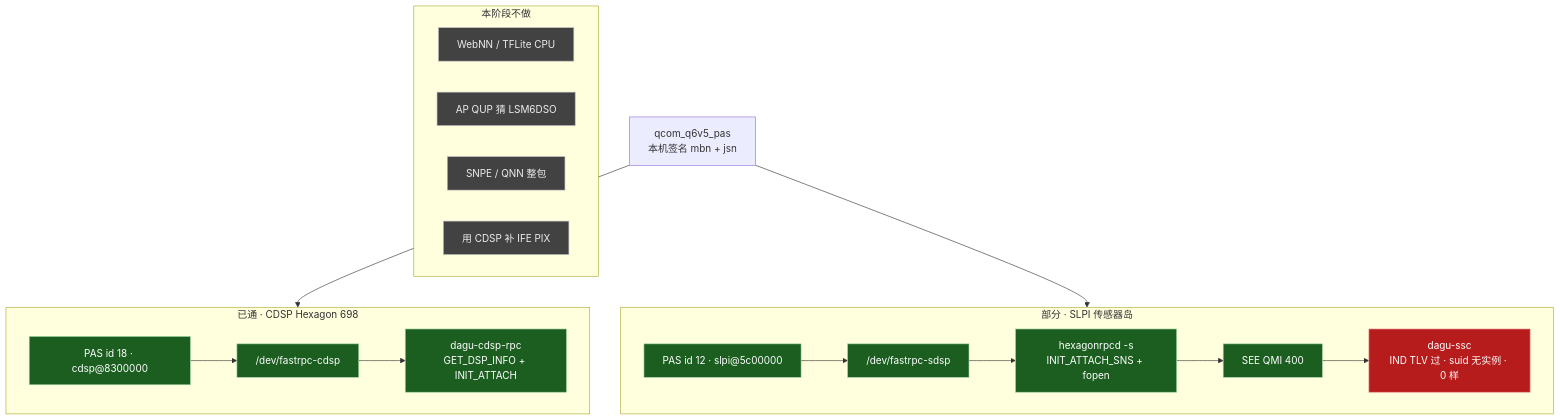
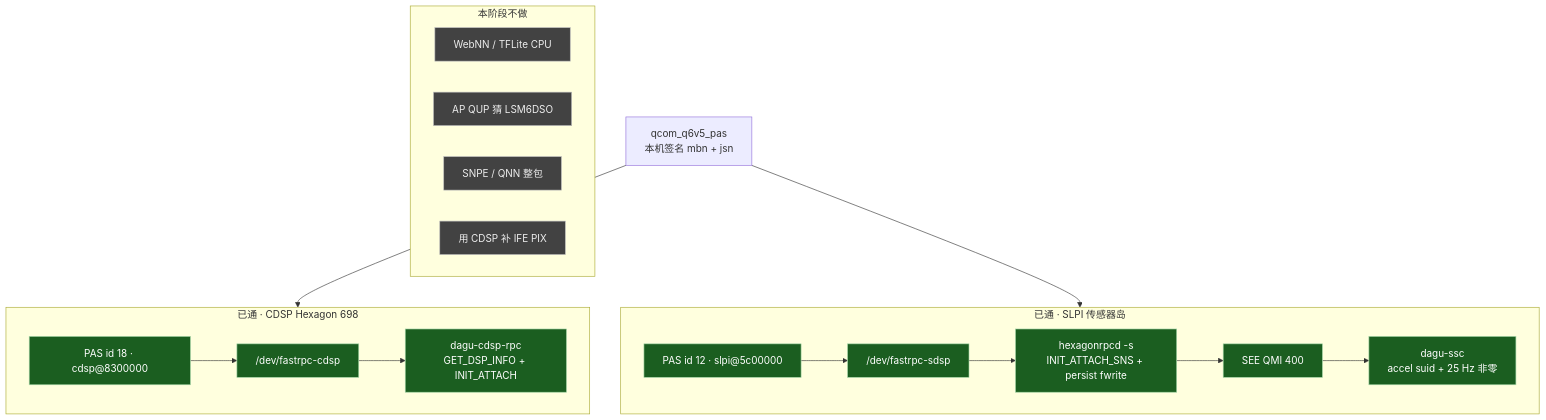
One commit to Huabin1010/dagu-mainline-linux changed the second of 5 diagrams in linux-mainline/docs/dagu-dsp-pipeline-status.md. Above: the diagram before and after it, drawn with Mermaid. The commit also changed other lines of this file and 11 other files, not shown here.

````diff
--- a/linux-mainline/docs/dagu-dsp-pipeline-status.md
+++ b/linux-mainline/docs/dagu-dsp-pipeline-status.md
@@ -50,39 +50,38 @@
 ```mermaid
 flowchart TB
   PAS["qcom_q6v5_pas<br/>本机签名 mbn + jsn"]
 
   PAS --> CDSP
   PAS --> SLPI
 
   subgraph CDSP["已通 · CDSP Hexagon 698"]
     C1["PAS id 18 · cdsp@8300000"]
     C2["/dev/fastrpc-cdsp"]
     C3["dagu-cdsp-rpc<br/>GET_DSP_INFO + INIT_ATTACH"]
     C1 --> C2 --> C3
   end
 
-  subgraph SLPI["部分 · SLPI 传感器岛"]
+  subgraph SLPI["已通 · SLPI 传感器岛"]
     S1["PAS id 12 · slpi@5c00000"]
     S2["/dev/fastrpc-sdsp"]
-    S3["hexagonrpcd -s<br/>INIT_ATTACH_SNS + fopen"]
+    S3["hexagonrpcd -s<br/>INIT_ATTACH_SNS + persist fwrite"]
     S4["SEE QMI 400"]
-    S5["dagu-ssc<br/>IND TLV 过 · suid 无实例 · 0 样"]
+    S5["dagu-ssc<br/>accel suid + 25 Hz 非零"]
     S1 --> S2 --> S3 --> S4 --> S5
   end
 
   subgraph NO["本阶段不做"]
     N1["WebNN / TFLite CPU"]
     N2["AP QUP 猜 LSM6DSO"]
     N3["SNPE / QNN 整包"]
     N4["用 CDSP 补 IFE PIX"]
   end
 
-  class C1,C2,C3,S1,S2,S3,S4 ok
-  class S5 stuck
+  class C1,C2,C3,S1,S2,S3,S4,S5 ok
   class N1,N2,N3,N4 later
 
   classDef ok fill:#1b5e20,stroke:#a5d6a7,color:#fff
   classDef gap fill:#e65100,stroke:#ffcc80,color:#111
   classDef stuck fill:#b71c1c,stroke:#ef9a9a,color:#fff
   classDef later fill:#424242,stroke:#bdbdbd,color:#eee
 ```
````
